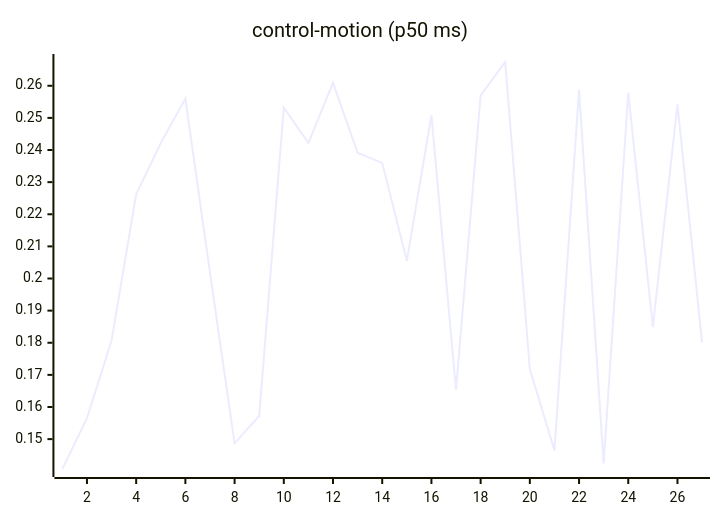
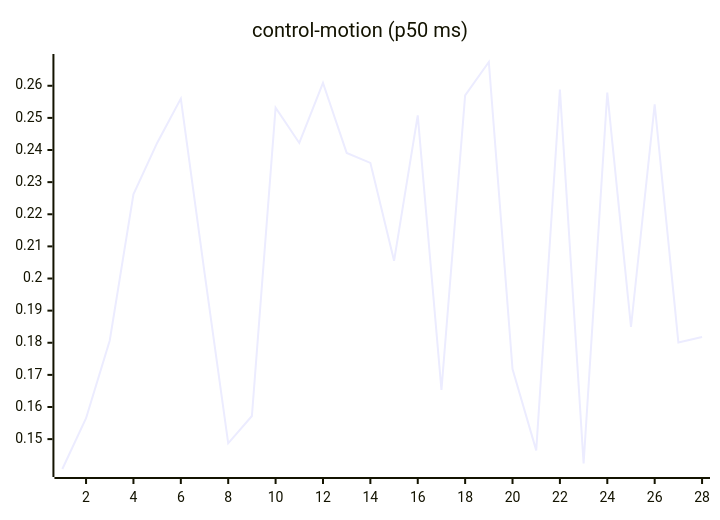
The seventh of 27 diagrams in README.md (josha/Facet), drawn with Mermaid before and after one commit. The commit also changed other lines of this file and 2 other files, not shown here.

````diff
--- a/README.md
+++ b/README.md
@@ -105,6 +105,6 @@
 ```mermaid
 xychart-beta
     title "control-motion (p50 ms)"
-    x-axis 1 --> 27
-    line [0.1407, 0.1565, 0.1807, 0.2262, 0.2422, 0.2560, 0.2018, 0.1487, 0.1572, 0.2532, 0.2422, 0.2609, 0.2391, 0.2360, 0.2055, 0.2508, 0.1653, 0.2570, 0.2674, 0.1718, 0.1465, 0.2588, 0.1424, 0.2579, 0.1849, 0.2542, 0.1801]
+    x-axis 1 --> 28
+    line [0.1407, 0.1565, 0.1807, 0.2262, 0.2422, 0.2560, 0.2018, 0.1487, 0.1572, 0.2532, 0.2422, 0.2609, 0.2391, 0.2360, 0.2055, 0.2508, 0.1653, 0.2570, 0.2674, 0.1718, 0.1465, 0.2588, 0.1424, 0.2579, 0.1849, 0.2542, 0.1801, 0.1818]
 ```
````
